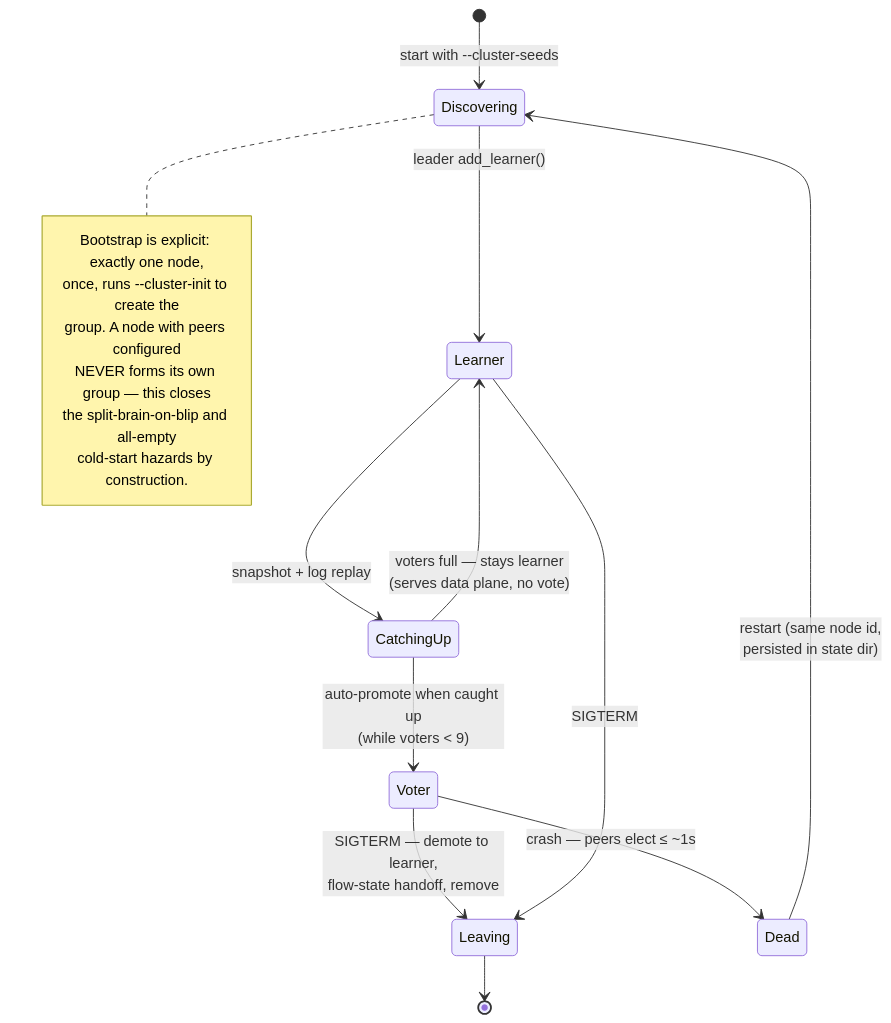
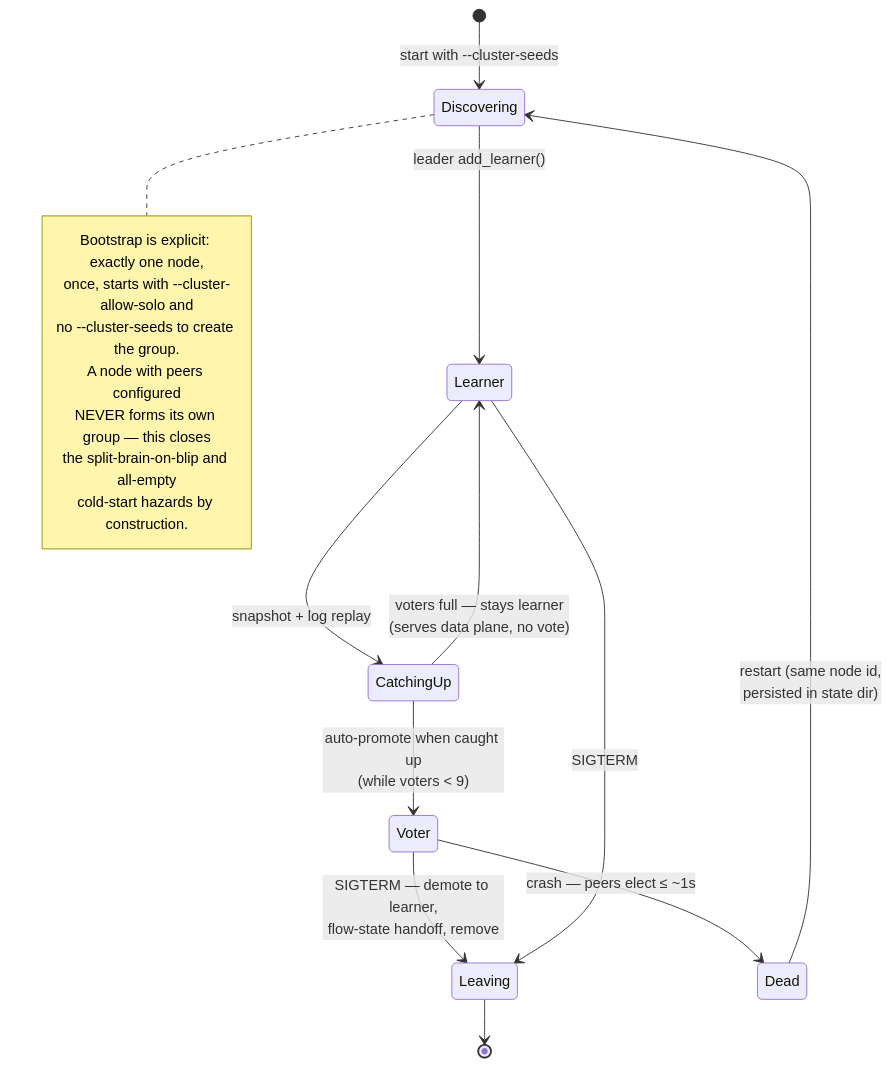
One commit to achird-labs/rift-cluster changed the second of 2 diagrams in docs/architecture/03-control-plane.md. Above: the diagram before and after it, drawn with Mermaid. The commit also changed other lines of this file and 71 other files, not shown here.

````diff
--- a/docs/architecture/03-control-plane.md
+++ b/docs/architecture/03-control-plane.md
@@ -112,22 +117,23 @@
 ```mermaid
 stateDiagram-v2
     [*] --> Discovering : start with --cluster-seeds
     Discovering --> Learner : leader add_learner()
     Learner --> CatchingUp : snapshot + log replay
     CatchingUp --> Voter : auto-promote when caught up<br/>(while voters < 9)
     CatchingUp --> Learner : voters full — stays learner<br/>(serves data plane, no vote)
     Voter --> Leaving : SIGTERM — demote to learner,<br/>flow-state handoff, remove
     Learner --> Leaving : SIGTERM
     Leaving --> [*]
     Voter --> Dead : crash — peers elect ≤ ~1s
     Dead --> Discovering : restart (same node id,<br/>persisted in state dir)
 
     note right of Discovering
         Bootstrap is explicit: exactly one node,
-        once, runs --cluster-init to create the
-        group. A node with peers configured
+        once, starts with --cluster-allow-solo and
+        no --cluster-seeds to create the group.
+        A node with peers configured
         NEVER forms its own group — this closes
         the split-brain-on-blip and all-empty
         cold-start hazards by construction.
     end note
 ```
````
